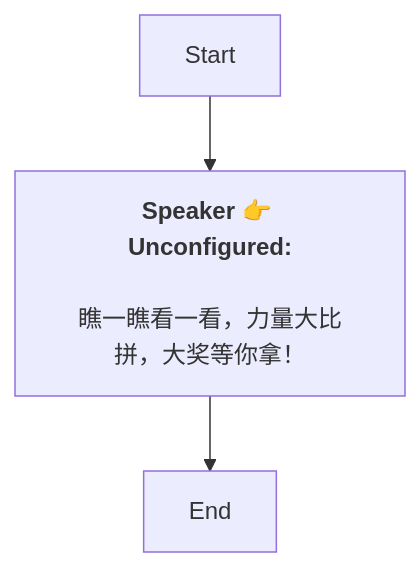
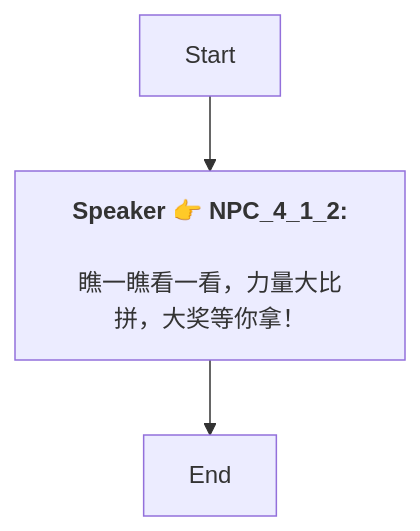
Before and after one commit to SoftHu/tos_avg: the diagram in Zh/QuestApproachDialogNode_1738889536657567.md, drawn with Mermaid. The commit also changed 737 other files, not shown here.

````diff
--- a/Zh/QuestApproachDialogNode_1738889536657567.md
+++ b/Zh/QuestApproachDialogNode_1738889536657567.md
@@ -1,8 +1,7 @@
 ```mermaid
 graph
-Start -->1739078190976242[<b>Speaker 👉 Unconfigured:</b>
-
-瞧一瞧看一看，力量大比拼，大奖等你拿！]
+Start -->1739078190976242[<b>Speaker 👉 NPC_4_1_2:</b>
+\n瞧一瞧看一看，力量大比拼，大奖等你拿！]
 1739078190976242 -->1738891203834019[End]
 
- ```
+```
````
